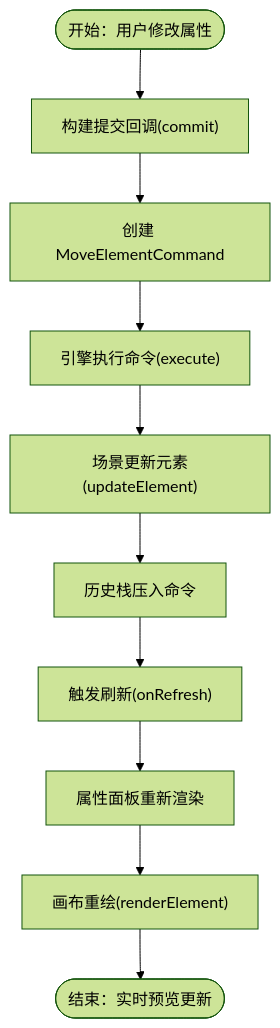
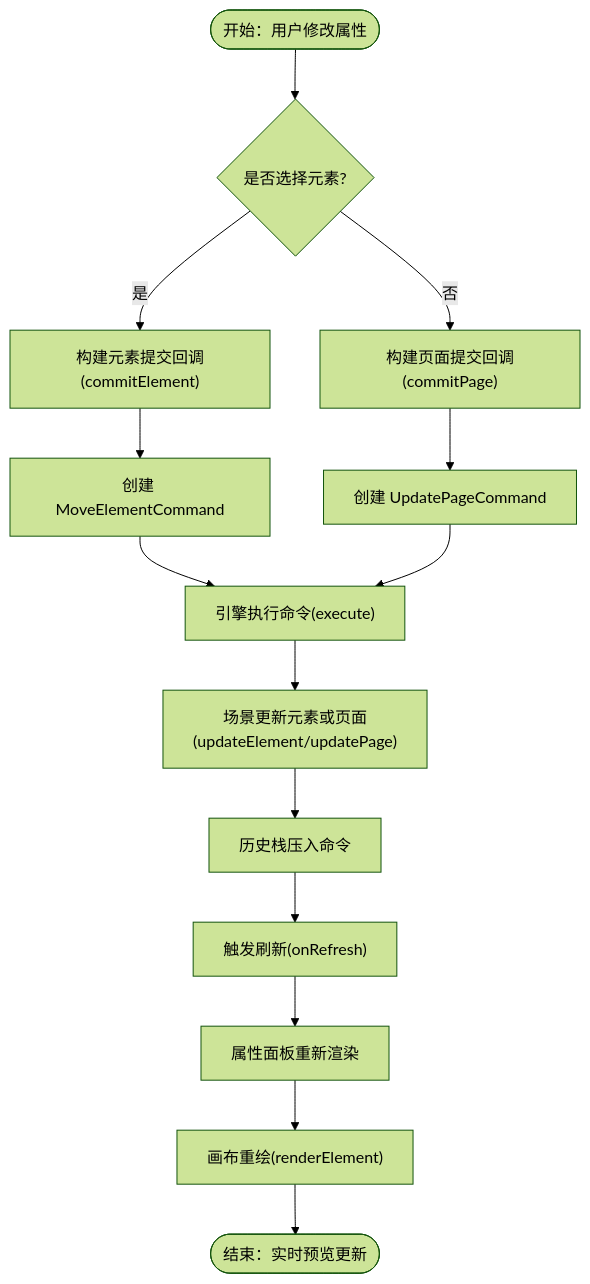
One commit to Anna0314zy/ai_editor_enginer changed the third of 4 diagrams in .qoder/repowiki/zh/content/UI组件系统/属性面板 (PropertyPanel).md. Above: the diagram before and after it, drawn with Mermaid (forest theme). The commit also changed other lines of this file and 12 other files, not shown here.

Commit message:
Feat: 增加图形

````diff
--- a/.qoder/repowiki/zh/content/UI组件系统/属性面板 (PropertyPanel).md
+++ b/.qoder/repowiki/zh/content/UI组件系统/属性面板 (PropertyPanel).md
@@ -219,12 +260,16 @@
 ```mermaid
 flowchart TD
-Start(["开始：用户修改属性"]) --> BuildCommit["构建提交回调(commit)"]
-BuildCommit --> CreateCmd["创建 MoveElementCommand"]
-CreateCmd --> Exec["引擎执行命令(execute)"]
-Exec --> UpdateScene["场景更新元素(updateElement)"]
+Start(["开始：用户修改属性"]) --> CheckSelection{"是否选择元素?"}
+CheckSelection --> |是| BuildCommitElement["构建元素提交回调(commitElement)"]
+CheckSelection --> |否| BuildCommitPage["构建页面提交回调(commitPage)"]
+BuildCommitElement --> CreateCmdElement["创建 MoveElementCommand"]
+BuildCommitPage --> CreateCmdPage["创建 UpdatePageCommand"]
+CreateCmdElement --> Exec["引擎执行命令(execute)"]
+CreateCmdPage --> Exec
+Exec --> UpdateScene["场景更新元素或页面(updateElement/updatePage)"]
 UpdateScene --> PushHistory["历史栈压入命令"]
 PushHistory --> Refresh["触发刷新(onRefresh)"]
 Refresh --> Render["属性面板重新渲染"]
 Render --> Repaint["画布重绘(renderElement)"]
 Repaint --> End(["结束：实时预览更新"])
 ```
````
